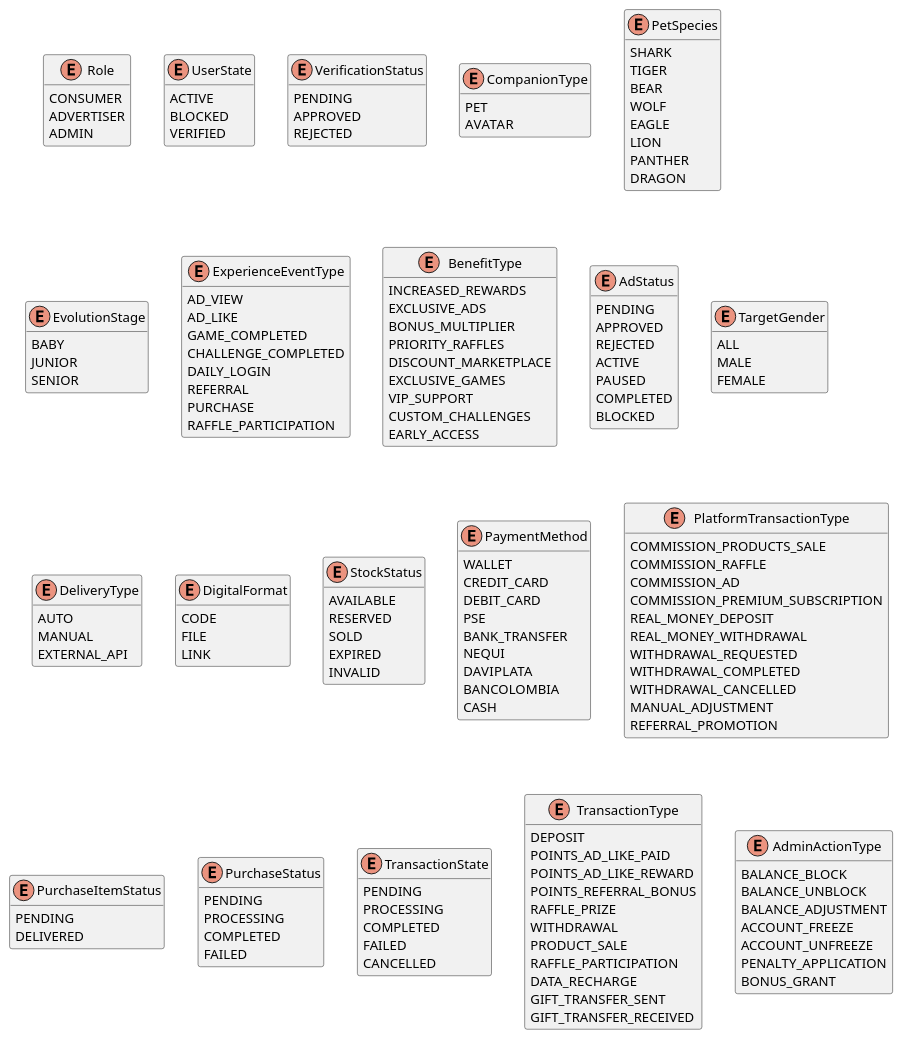
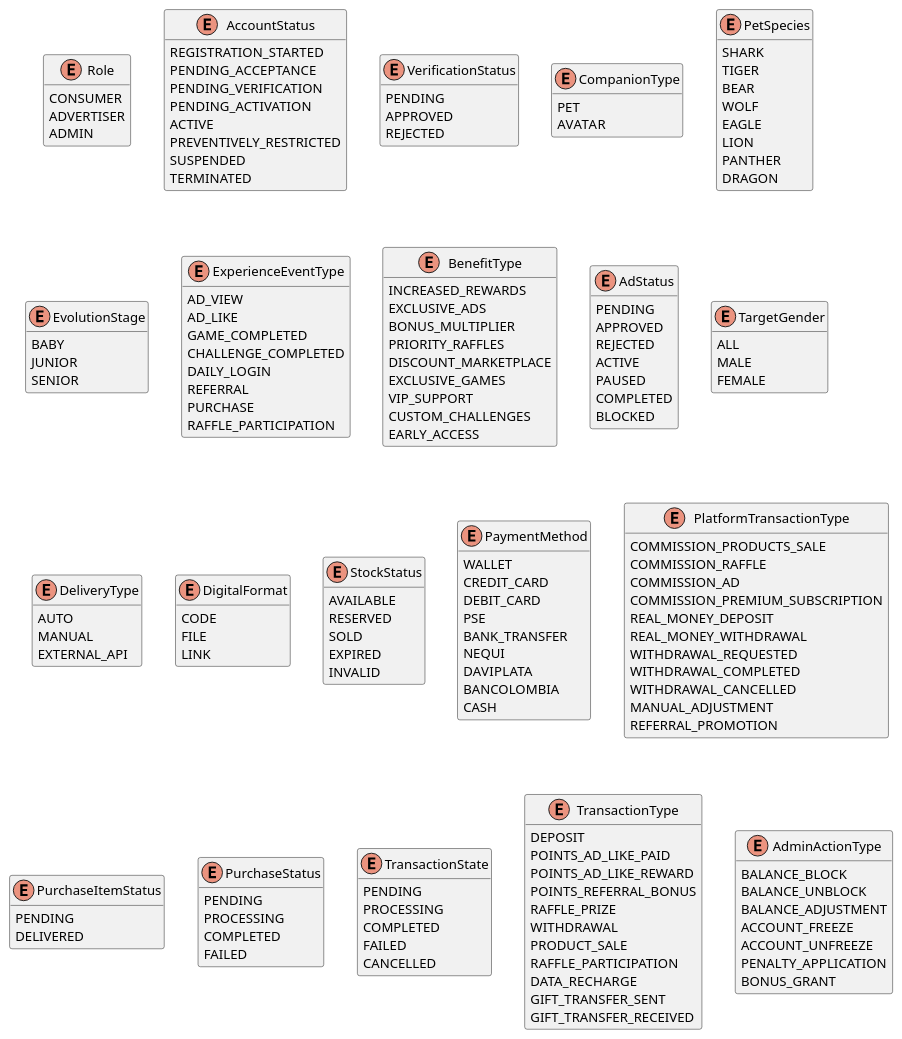
Before and after one commit to miguelangelvasquez1/VerYGanaAPI: the diagram in uml/classes/enums.puml, drawn with PlantUML. The commit also changed 52 other files, not shown here.

Commit message:
MP-38: reemplaza UserState por AccountStatus.

```diff
--- a/uml/classes/enums.puml
+++ b/uml/classes/enums.puml
@@ -1,175 +1,180 @@
 @startuml named uml/classes/enums.puml
 ' Enums used across modules
 skinparam classAttributeIconSize 0
 hide methods
 hide stereotypes
 
 enum Role {
   CONSUMER
   ADVERTISER
   ADMIN
 }
 
-enum UserState {
+enum AccountStatus {
+  REGISTRATION_STARTED
+  PENDING_ACCEPTANCE
+  PENDING_VERIFICATION
+  PENDING_ACTIVATION
   ACTIVE
-  BLOCKED
-  VERIFIED
+  PREVENTIVELY_RESTRICTED
+  SUSPENDED
+  TERMINATED
 }
 
 enum VerificationStatus {
   PENDING
   APPROVED
   REJECTED
 }
 
 enum CompanionType {
   PET
   AVATAR
 }
 
 enum PetSpecies {
   SHARK
   TIGER
   BEAR
   WOLF
   EAGLE
   LION
   PANTHER
   DRAGON
 }
 
 enum EvolutionStage {
   BABY
   JUNIOR
   SENIOR
 }
 
 enum ExperienceEventType {
   AD_VIEW
   AD_LIKE
   GAME_COMPLETED
   CHALLENGE_COMPLETED
   DAILY_LOGIN
   REFERRAL
   PURCHASE
   RAFFLE_PARTICIPATION
 }
 
 enum BenefitType {
   INCREASED_REWARDS
   EXCLUSIVE_ADS
   BONUS_MULTIPLIER
   PRIORITY_RAFFLES
   DISCOUNT_MARKETPLACE
   EXCLUSIVE_GAMES
   VIP_SUPPORT
   CUSTOM_CHALLENGES
   EARLY_ACCESS
 }
 
 enum AdStatus {
   PENDING
   APPROVED
   REJECTED
   ACTIVE
   PAUSED
   COMPLETED
   BLOCKED
 }
 
 enum TargetGender {
   ALL
   MALE
   FEMALE
 }
 
 enum DeliveryType {
   AUTO
   MANUAL
   EXTERNAL_API
 }
 
 enum DigitalFormat {
   CODE
   FILE
   LINK
 }
 
 enum StockStatus {
   AVAILABLE
   RESERVED
   SOLD
   EXPIRED
   INVALID
 }
 
 enum PaymentMethod {
   WALLET
   CREDIT_CARD
   DEBIT_CARD
   PSE
   BANK_TRANSFER
   NEQUI
   DAVIPLATA
   BANCOLOMBIA
   CASH
 }
 
 enum PlatformTransactionType {
   COMMISSION_PRODUCTS_SALE
   COMMISSION_RAFFLE
   COMMISSION_AD
   COMMISSION_PREMIUM_SUBSCRIPTION
   REAL_MONEY_DEPOSIT
   REAL_MONEY_WITHDRAWAL
   WITHDRAWAL_REQUESTED
   WITHDRAWAL_COMPLETED
   WITHDRAWAL_CANCELLED
   MANUAL_ADJUSTMENT
   REFERRAL_PROMOTION
 }
 
 enum PurchaseItemStatus {
   PENDING
   DELIVERED
 }
 
 enum PurchaseStatus {
   PENDING
   PROCESSING
   COMPLETED
   FAILED
 }
 
 enum TransactionState {
   PENDING
   PROCESSING
   COMPLETED
   FAILED
   CANCELLED
 }
 
 enum TransactionType {
   DEPOSIT
   POINTS_AD_LIKE_PAID
   POINTS_AD_LIKE_REWARD
   POINTS_REFERRAL_BONUS
   RAFFLE_PRIZE
   WITHDRAWAL
   PRODUCT_SALE
   RAFFLE_PARTICIPATION
   DATA_RECHARGE
   GIFT_TRANSFER_SENT
   GIFT_TRANSFER_RECEIVED
 }
 
 enum AdminActionType {
   BALANCE_BLOCK
   BALANCE_UNBLOCK
   BALANCE_ADJUSTMENT
   ACCOUNT_FREEZE
   ACCOUNT_UNFREEZE
   PENALTY_APPLICATION
   BONUS_GRANT
 }
 @enduml
```
